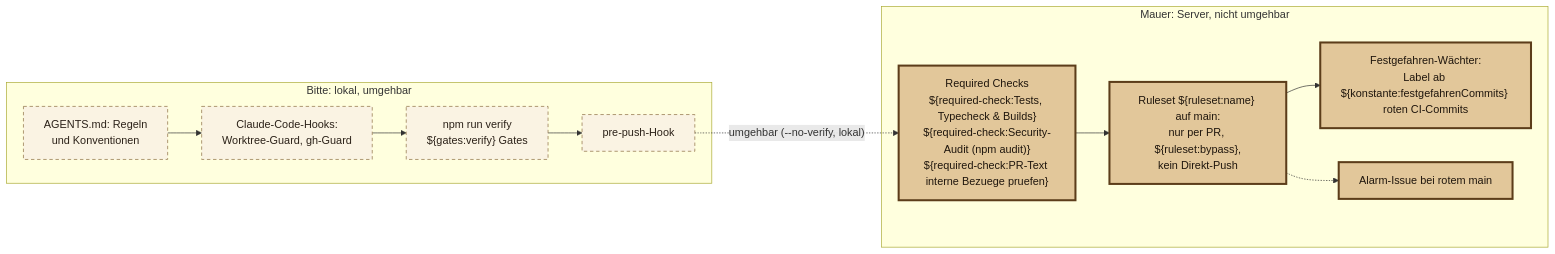
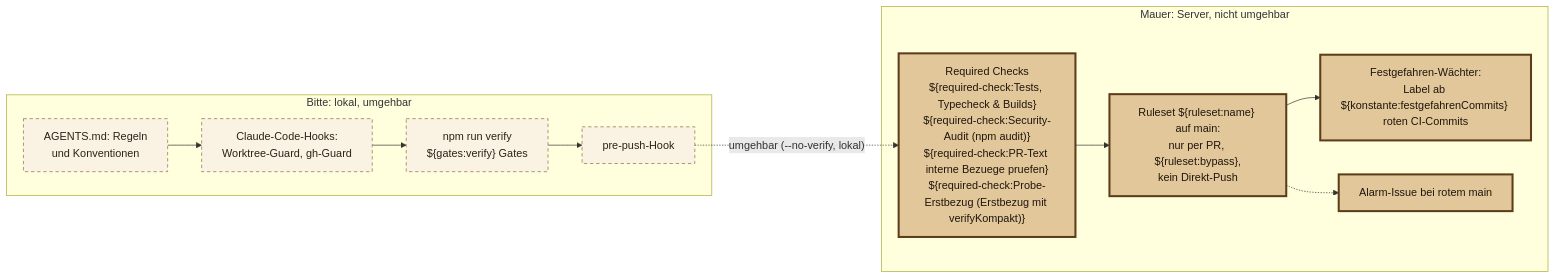
One commit to fluffels/self-improving-agent-harness-and-factory changed the diagram in docs/diagramme/leitplanken-schichten.mmd. Above: the diagram before and after it, drawn with Mermaid. The commit also changed 19 other files, not shown here.

```diff
--- a/docs/diagramme/leitplanken-schichten.mmd
+++ b/docs/diagramme/leitplanken-schichten.mmd
@@ -1,23 +1,23 @@
 flowchart LR
   subgraph bitte["Bitte: lokal, umgehbar"]
     regeln["AGENTS.md: Regeln<br/>und Konventionen"]
     hooks["Claude-Code-Hooks:<br/>Worktree-Guard, gh-Guard"]
     verify["npm run verify<br/>${gates:verify} Gates"]
     prepush["pre-push-Hook"]
   end
   subgraph mauer["Mauer: Server, nicht umgehbar"]
-    checks["Required Checks<br/>${required-check:Tests, Typecheck & Builds}<br/>${required-check:Security-Audit (npm audit)}<br/>${required-check:PR-Text interne Bezuege pruefen}"]
+    checks["Required Checks<br/>${required-check:Tests, Typecheck & Builds}<br/>${required-check:Security-Audit (npm audit)}<br/>${required-check:PR-Text interne Bezuege pruefen}<br/>${required-check:Probe-Erstbezug (Erstbezug mit verifyKompakt)}"]
     ruleset["Ruleset ${ruleset:name} auf main:<br/>nur per PR, ${ruleset:bypass},<br/>kein Direkt-Push"]
     wachter["Festgefahren-Wächter:<br/>Label ab ${konstante:festgefahrenCommits} roten CI-Commits"]
     alarm["Alarm-Issue bei rotem main"]
   end
   regeln --> hooks --> verify --> prepush
   prepush -. "umgehbar (--no-verify, lokal)" .-> checks
   checks --> ruleset
   ruleset --> wachter
   ruleset -.-> alarm
 
   classDef bittecls fill:#faf3e3,stroke:#8a6a3f,color:#2b2118,stroke-dasharray:5 4
   classDef mauercls fill:#e2c79a,stroke:#5c3d1a,color:#1f160d,stroke-width:3px
   class regeln,hooks,verify,prepush bittecls
   class checks,ruleset,wachter,alarm mauercls
```
